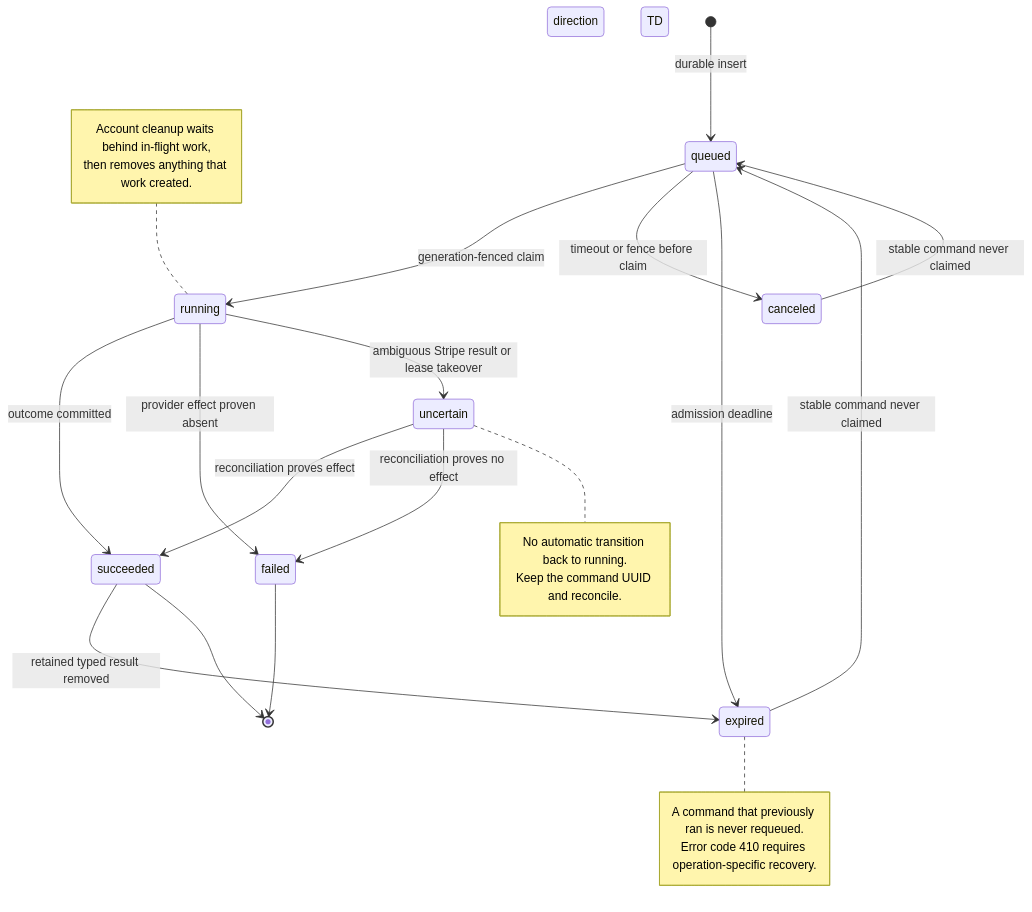
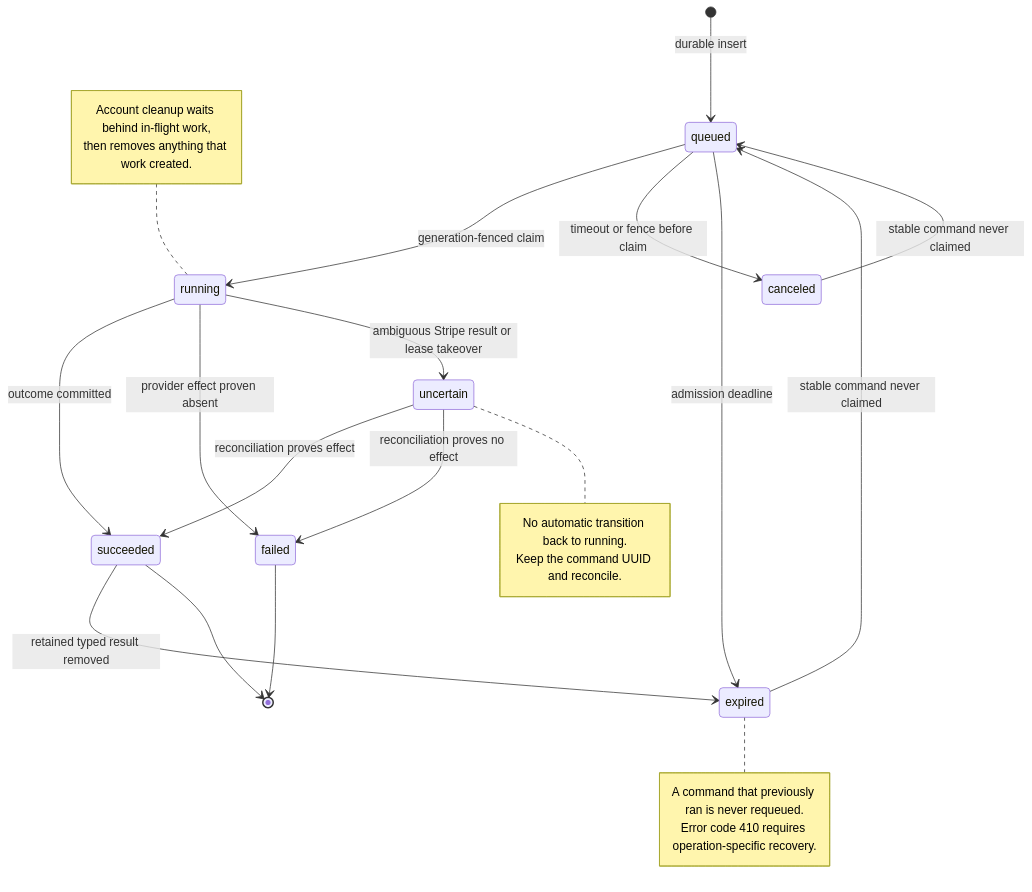
Before and after one commit to sagemathinc/cocalc-ai: the second of 2 diagrams in docs/billing-authority.md, drawn with Mermaid.

Commit message:
docs: fix billing authority Mermaid rendering
Remove the unsupported state-diagram direction declaration so the billing authority lifecycle diagram renders consistently.

````diff
--- a/docs/billing-authority.md
+++ b/docs/billing-authority.md
@@ -139,33 +139,32 @@
 ```mermaid
 stateDiagram-v2
-  direction TD
   [*] --> queued: durable insert
   queued --> running: generation-fenced claim
   queued --> canceled: timeout or fence before claim
   queued --> expired: admission deadline
   running --> succeeded: outcome committed
   running --> failed: provider effect proven absent
   running --> uncertain: ambiguous Stripe result or lease takeover
   uncertain --> succeeded: reconciliation proves effect
   uncertain --> failed: reconciliation proves no effect
   canceled --> queued: stable command never claimed
   expired --> queued: stable command never claimed
   succeeded --> expired: retained typed result removed
   succeeded --> [*]
   failed --> [*]
 
   note right of uncertain
     No automatic transition back to running.
     Keep the command UUID and reconcile.
   end note
 
   note left of running
     Account cleanup waits behind in-flight work,
     then removes anything that work created.
   end note
 
   note right of expired
     A command that previously ran is never requeued.
     Error code 410 requires operation-specific recovery.
   end note
 ```
````
